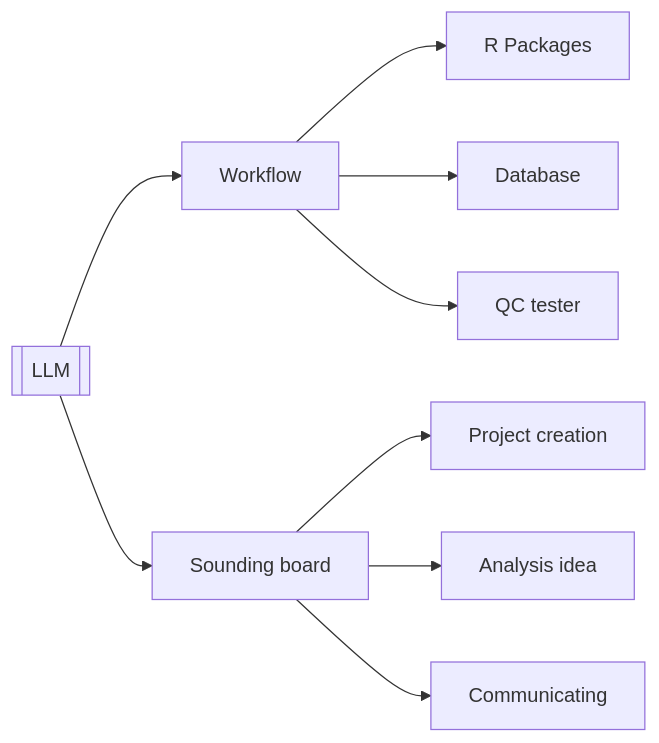
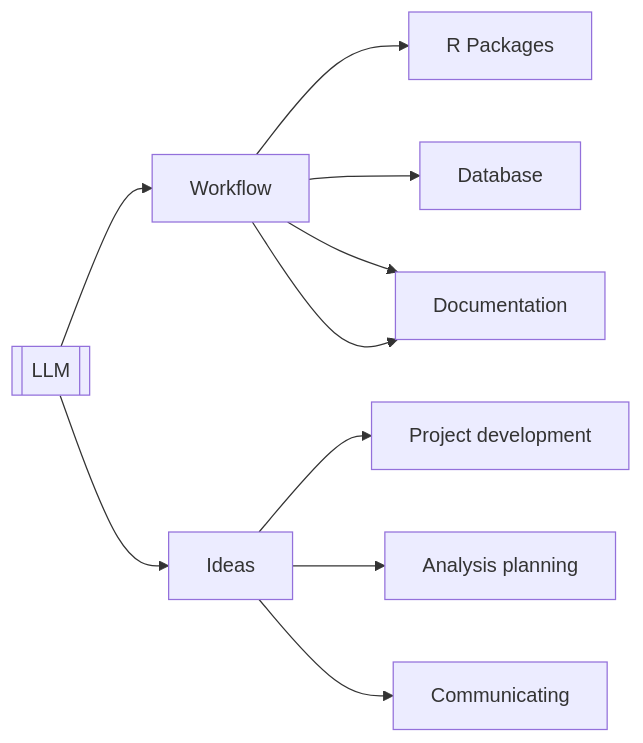
Before and after one commit to bfanson/2026_Workshops: the fifth of 5 diagrams in module1.qmd, drawn with Mermaid. The commit also changed other lines of this file and 5 other files, not shown here.

````diff
--- a/module1.qmd
+++ b/module1.qmd
@@ -315,20 +354,21 @@
 ```{mermaid}
 %%| label: fig-uses
-%%| fig-cap: Thinking about Agent roles
+%%| fig-cap: how AI (agents) being used?
 
 graph LR
 
     AI[["LLM"]]
 
     AI --> WF["Workflow"]
-    AI --> TH["Sounding board"]
+    AI --> TH["Ideas"]
 
     WF --> Pkg["R Packages"]
     WF --> Db["Database"]
     WF --> QC["QC tester"]
+    WF --> QC["Documentation"]
 
-    TH --> PI["Project creation"]
-    TH --> SAP["Analysis idea"]
+    TH --> PI["Project development"]
+    TH --> SAP["Analysis planning"]
     TH --> PR["Communicating"]
 
 ```
````
